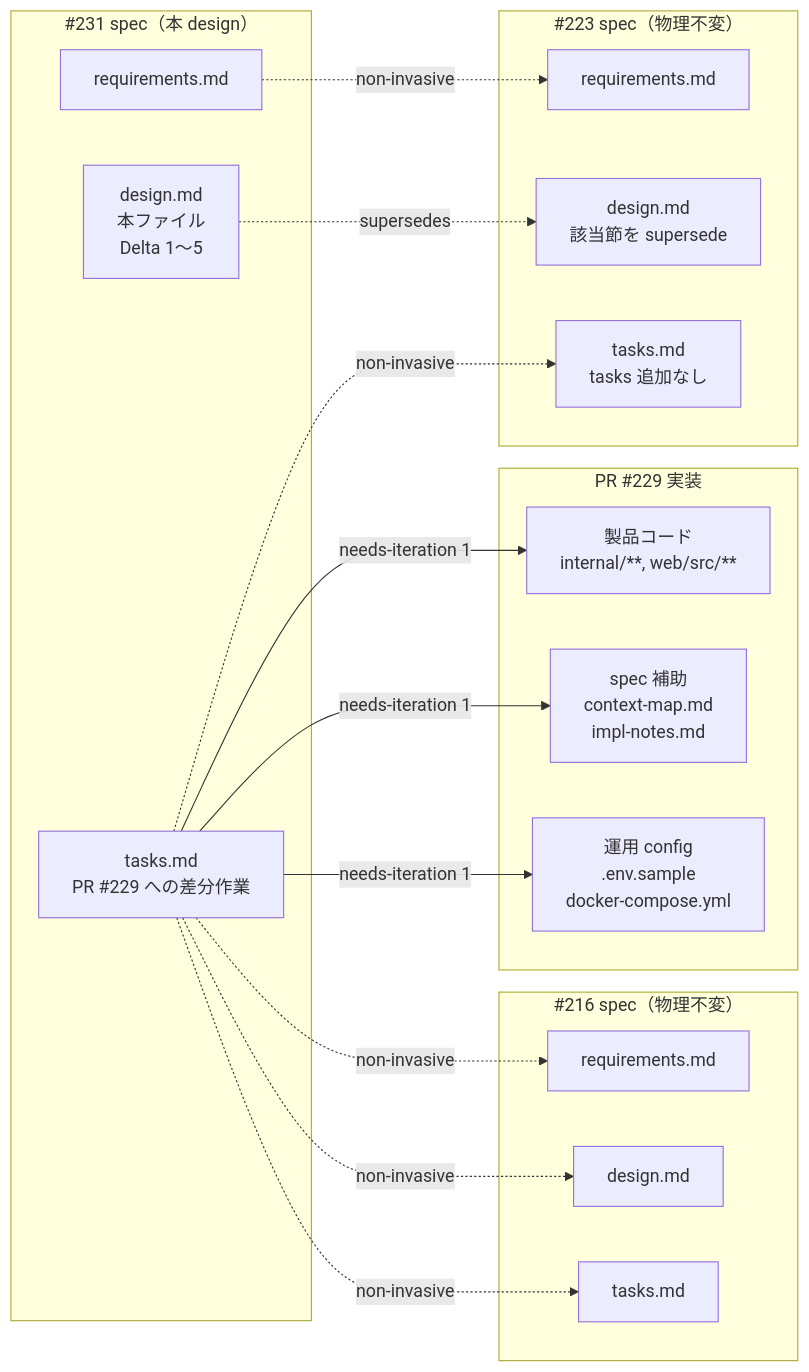
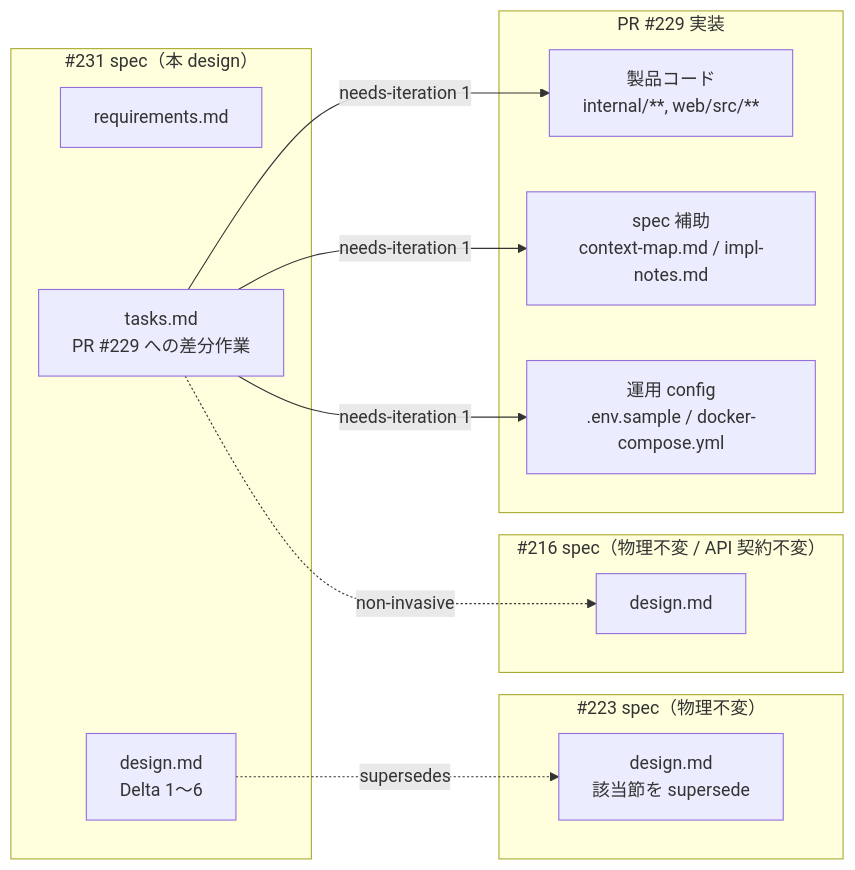
Before and after one commit to hitoshiichikawa/feedman: the first of 4 diagrams in docs/specs/231-design-web-auth/design.md, drawn with Mermaid. The commit also changed other lines of this file and 2 other files, not shown here.

````diff
--- a/docs/specs/231-design-web-auth/design.md
+++ b/docs/specs/231-design-web-auth/design.md
@@ -127,36 +138,24 @@
 ```mermaid
 flowchart LR
     subgraph This231 [#231 spec（本 design）]
         R231[requirements.md]
-        D231[design.md<br/>本ファイル<br/>Delta 1〜5]
+        D231[design.md<br/>Delta 1〜6]
         T231[tasks.md<br/>PR #229 への差分作業]
     end
-
     subgraph Existing223 [#223 spec（物理不変）]
-        R223[requirements.md]
         D223[design.md<br/>該当節を supersede]
-        T223[tasks.md<br/>tasks 追加なし]
     end
-
-    subgraph Existing216 [#216 spec（物理不変）]
-        R216[requirements.md]
+    subgraph Existing216 [#216 spec（物理不変 / API 契約不変）]
         D216[design.md]
-        T216[tasks.md]
     end
-
     subgraph PR229 [PR #229 実装]
         S229[製品コード<br/>internal/**, web/src/**]
-        SPEC229[spec 補助<br/>context-map.md<br/>impl-notes.md]
-        CONF229[運用 config<br/>.env.sample<br/>docker-compose.yml]
+        SPEC229[spec 補助<br/>context-map.md / impl-notes.md]
+        CONF229[運用 config<br/>.env.sample / docker-compose.yml]
     end
-
     D231 -.supersedes.-> D223
     T231 -->|needs-iteration 1| S229
     T231 -->|needs-iteration 1| SPEC229
     T231 -->|needs-iteration 1| CONF229
-    R231 -.non-invasive.-> R223
-    T231 -.non-invasive.-> T223
-    T231 -.non-invasive.-> R216
     T231 -.non-invasive.-> D216
-    T231 -.non-invasive.-> T216
 ```
````
